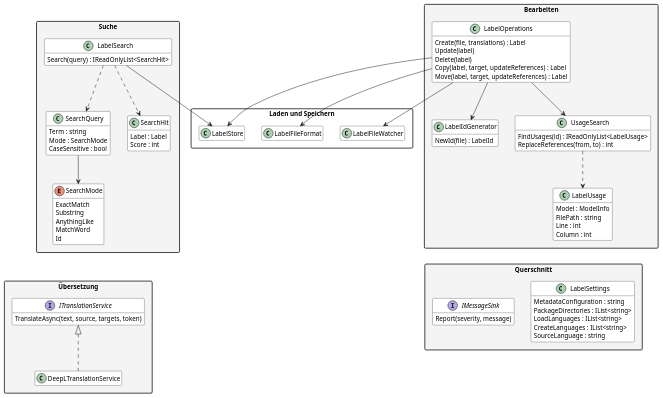
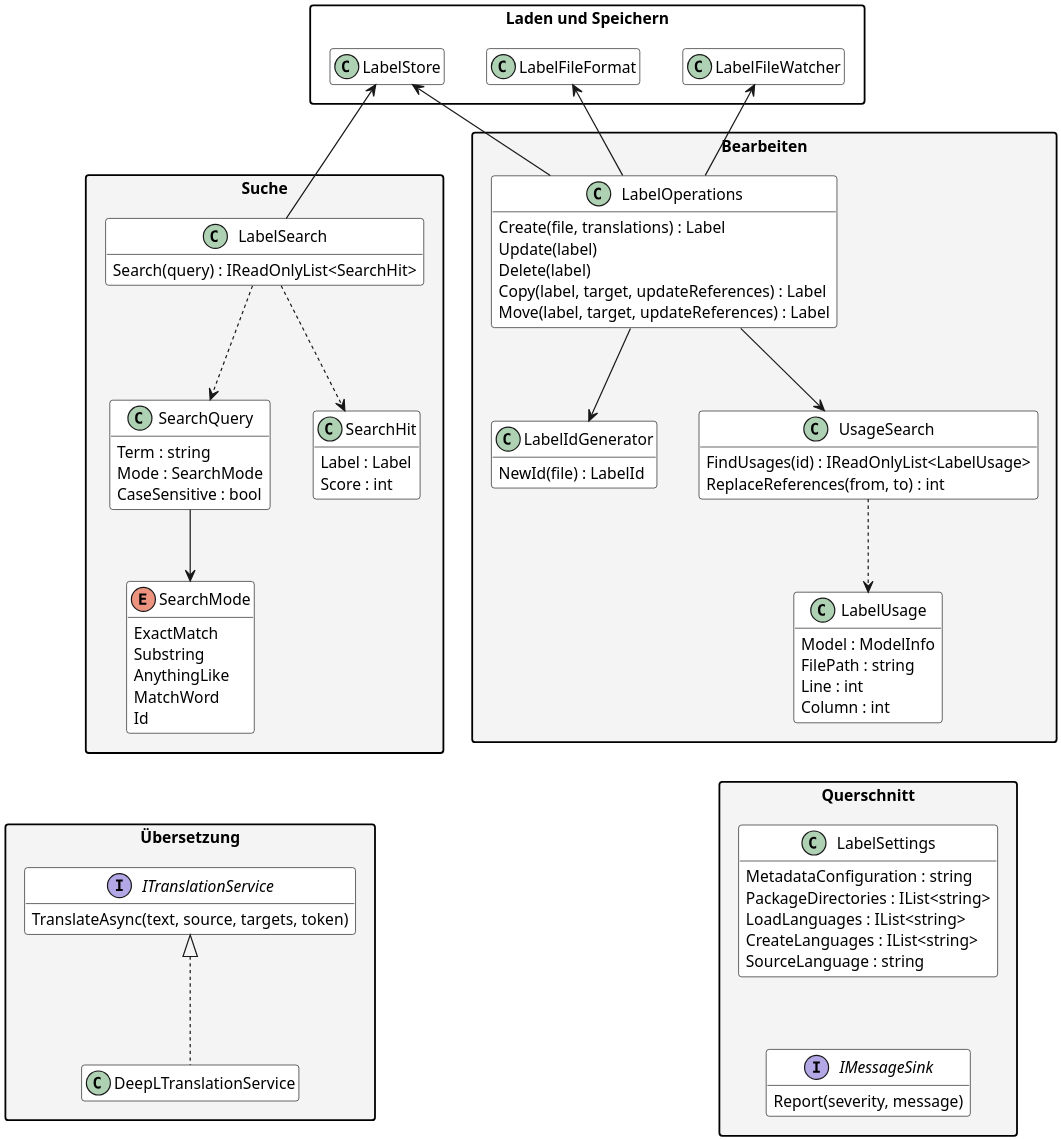
Before and after one commit to Adyrem/diploma-label-localization: the diagram in documentation/diagrams/Klassen_Bearbeiten.puml, drawn with PlantUML. The commit also changed 19 other files, not shown here.

Commit message:
Konzept überarbeitet: Festlegungen und fachliche Regeln verteilt, Diagramme kompakter, Sequenz zum Sprung, weniger Verweise, Aufwand AP5.3

```diff
--- a/documentation/diagrams/Klassen_Bearbeiten.puml
+++ b/documentation/diagrams/Klassen_Bearbeiten.puml
@@ -1,106 +1,113 @@
 @startuml
 ' Klassenmodell der Kernlogik, Teil 2: Suche, Bearbeiten, Übersetzung, Querschnitt.
 ' Klassen aus Teil 1 erscheinen ohne Members im weissen Paket.
 ' Rendern: plantuml -tpng -charset UTF-8 Klassen_Bearbeiten.puml
+' Höhere Auflösung, damit das Bild im PDF scharf bleibt.
+skinparam dpi 240
 
 skinparam defaultFontSize 13
 skinparam classAttributeIconSize 0
 skinparam shadowing false
 skinparam packageStyle rectangle
 skinparam class {
   BackgroundColor White
   BorderColor Black
 }
 skinparam package {
   BackgroundColor #F4F4F4
 }
 hide empty members
 
 package "Suche" {
   class LabelSearch {
     Search(query) : IReadOnlyList<SearchHit>
   }
   class SearchQuery {
     Term : string
     Mode : SearchMode
     CaseSensitive : bool
   }
   enum SearchMode {
     ExactMatch
     Substring
     AnythingLike
     MatchWord
     Id
   }
   class SearchHit {
     Label : Label
     Score : int
   }
 }
 
 package "Bearbeiten" {
   class LabelOperations {
     Create(file, translations) : Label
     Update(label)
     Delete(label)
     Copy(label, target, updateReferences) : Label
     Move(label, target, updateReferences) : Label
   }
   class LabelIdGenerator {
     NewId(file) : LabelId
   }
   class UsageSearch {
     FindUsages(id) : IReadOnlyList<LabelUsage>
     ReplaceReferences(from, to) : int
   }
   class LabelUsage {
     Model : ModelInfo
     FilePath : string
     Line : int
     Column : int
   }
 }
 
 package "Übersetzung" {
   interface ITranslationService {
     TranslateAsync(text, source, targets, token)
   }
   class DeepLTranslationService
 }
 
 package "Querschnitt" {
   class LabelSettings {
     MetadataConfiguration : string
     PackageDirectories : IList<string>
     LoadLanguages : IList<string>
     CreateLanguages : IList<string>
     SourceLanguage : string
   }
   interface IMessageSink {
     Report(severity, message)
   }
 }
 
 package "Laden und Speichern" #FFFFFF {
   class LabelStore
   class LabelFileFormat
   class LabelFileWatcher
 }
 
-LabelSearch --> LabelStore
+LabelSearch -up-> LabelStore
 LabelSearch ..> SearchQuery
 LabelSearch ..> SearchHit
 SearchQuery --> SearchMode
 
 LabelOperations --> LabelIdGenerator
 LabelOperations --> UsageSearch
-LabelOperations --> LabelStore
-LabelOperations --> LabelFileFormat
-LabelOperations --> LabelFileWatcher
+LabelOperations -up-> LabelStore
+LabelOperations -up-> LabelFileFormat
+LabelOperations -up-> LabelFileWatcher
 UsageSearch ..> LabelUsage
 
 ITranslationService <|.. DeepLTranslationService
 
+' Anordnung: Laden und Speichern als Zeile oben, Suche und Bearbeiten darunter,
+' Übersetzung und Querschnitt zuunterst.
+LabelStore -[hidden]right- LabelFileFormat
+LabelFileFormat -[hidden]right- LabelFileWatcher
 SearchMode -[hidden]down- ITranslationService
 LabelUsage -[hidden]down- LabelSettings
+LabelSettings -[hidden]down- IMessageSink
 @enduml
```
